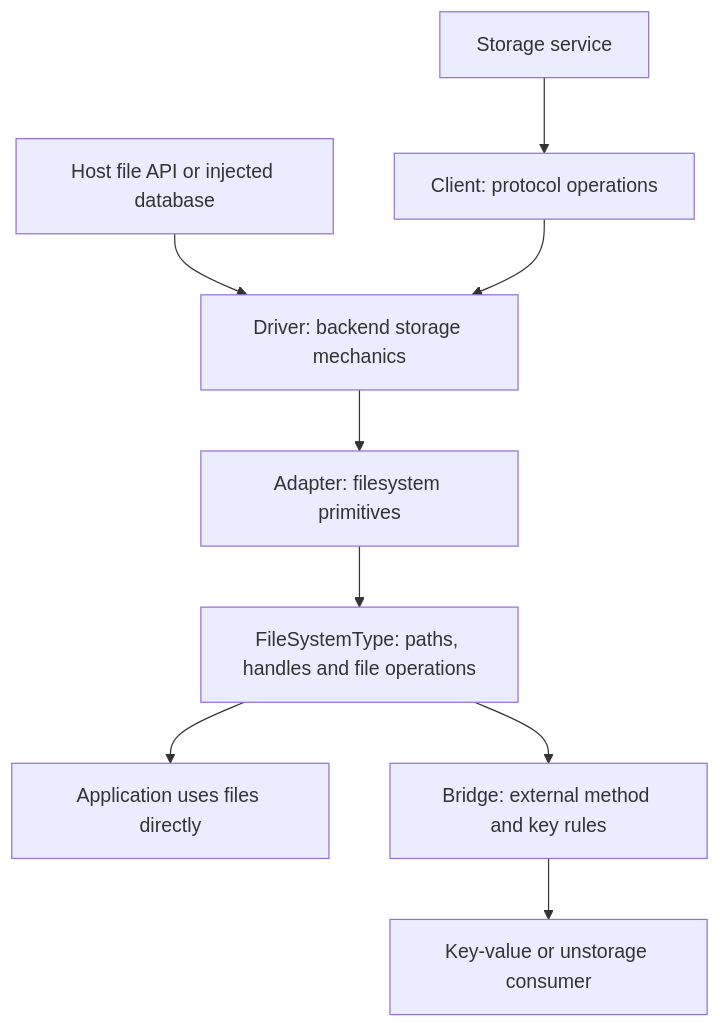
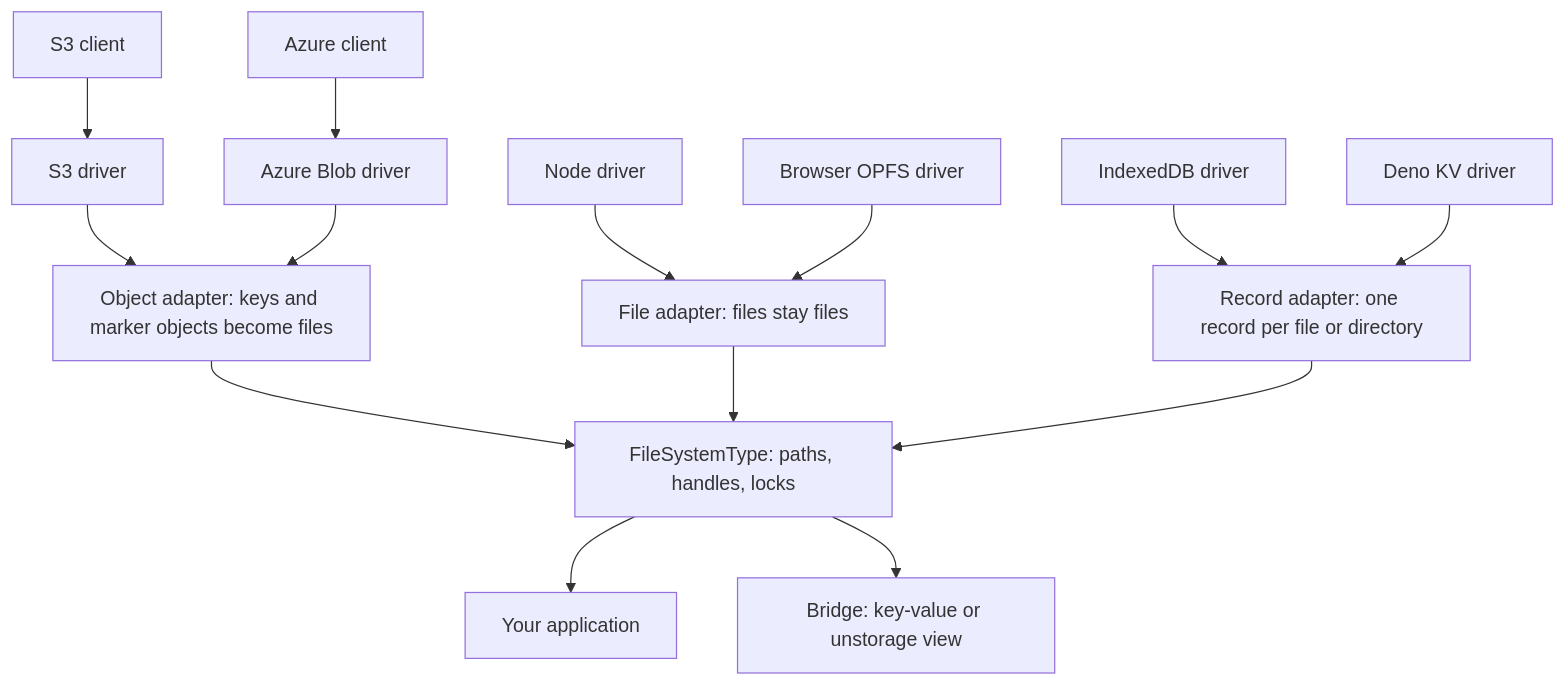
One commit to okikio/opfs changed the first of 3 diagrams in docs/model.md. Above: the diagram before and after it, drawn with Mermaid. The commit also changed other lines of this file, not shown here.

First line of the commit message:
docs: explain each storage layer with one S3 write

````diff
--- a/docs/model.md
+++ b/docs/model.md
@@ -59,11 +45,20 @@
 ```mermaid
 flowchart TD
-  Service["Storage service"] --> Client["Client: protocol operations"]
-  Native["Host file API or injected database"] --> Driver["Driver: backend storage mechanics"]
-  Client --> Driver
-  Driver --> Adapter["Adapter: filesystem primitives"]
-  Adapter --> Files["FileSystemType: paths, handles and file operations"]
-  Files --> App["Application uses files directly"]
-  Files --> Bridge["Bridge: external method and key rules"]
-  Bridge --> Consumer["Key-value or unstorage consumer"]
+  S3C["S3 client"] --> S3D["S3 driver"]
+  AzC["Azure client"] --> AzD["Azure Blob driver"]
+  NodeD["Node driver"]
+  OpfsD["Browser OPFS driver"]
+  IdbD["IndexedDB driver"]
+  KvD["Deno KV driver"]
+  S3D --> ObjA["Object adapter: keys and marker objects become files"]
+  AzD --> ObjA
+  NodeD --> FileA["File adapter: files stay files"]
+  OpfsD --> FileA
+  IdbD --> RecA["Record adapter: one record per file or directory"]
+  KvD --> RecA
+  ObjA --> FS["FileSystemType: paths, handles, locks"]
+  FileA --> FS
+  RecA --> FS
+  FS --> App["Your application"]
+  FS --> Bridge["Bridge: key-value or unstorage view"]
 ```
````
